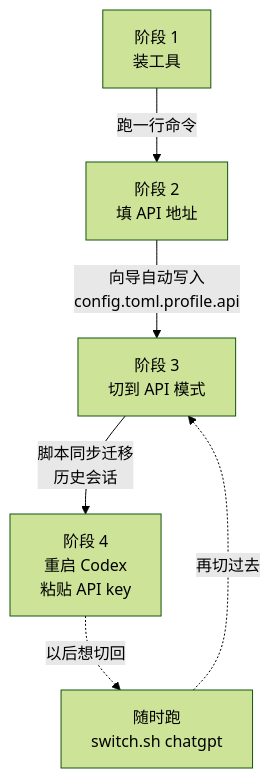
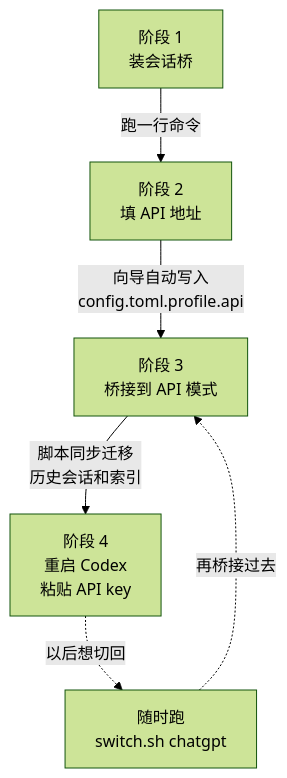
One commit to LXR110-bit/codex-session-bridge changed the diagram in README.md. Above: the diagram before and after it, drawn with Mermaid (forest theme). The commit also changed other lines of this file and 15 other files, not shown here.

````diff
--- a/README.md
+++ b/README.md
@@ -56,8 +70,8 @@
 ```mermaid
 flowchart TD
-    A[阶段 1<br/>装工具] -->|跑一行命令| B[阶段 2<br/>填 API 地址]
-    B -->|向导自动写入<br/>config.toml.profile.api| C[阶段 3<br/>切到 API 模式]
-    C -->|脚本同步迁移<br/>历史会话| D[阶段 4<br/>重启 Codex<br/>粘贴 API key]
+    A[阶段 1<br/>装会话桥] -->|跑一行命令| B[阶段 2<br/>填 API 地址]
+    B -->|向导自动写入<br/>config.toml.profile.api| C[阶段 3<br/>桥接到 API 模式]
+    C -->|脚本同步迁移<br/>历史会话和索引| D[阶段 4<br/>重启 Codex<br/>粘贴 API key]
     D -.以后想切回.-> E[随时跑<br/>switch.sh chatgpt]
-    E -.再切过去.-> C
+    E -.再桥接过去.-> C
 ```
````
